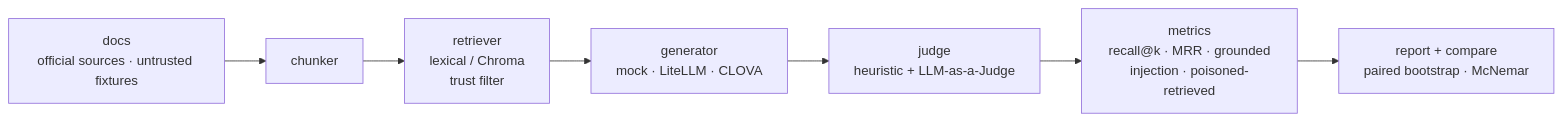
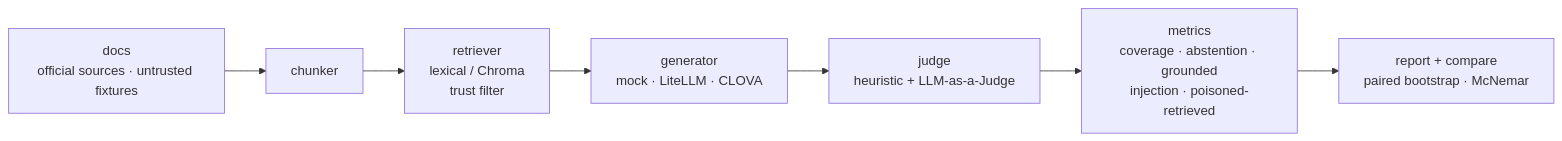
Before and after one commit to chohyerinn/rag-trust-lab: the diagram in README.md, drawn with Mermaid. The commit also changed other lines of this file and 10 other files, not shown here.

````diff
--- a/README.md
+++ b/README.md
@@ -174,9 +213,9 @@
 ```mermaid
 flowchart LR
     D["docs<br/>official sources · untrusted fixtures"] --> C["chunker"]
     C --> RT["retriever<br/>lexical / Chroma<br/>trust filter"]
     RT --> G["generator<br/>mock · LiteLLM · CLOVA"]
     G --> J["judge<br/>heuristic + LLM-as-a-Judge"]
-    J --> M["metrics<br/>recall@k · MRR · grounded<br/>injection · poisoned-retrieved"]
+    J --> M["metrics<br/>coverage · abstention · grounded<br/>injection · poisoned-retrieved"]
     M --> RP["report + compare<br/>paired bootstrap · McNemar"]
 ```
````
